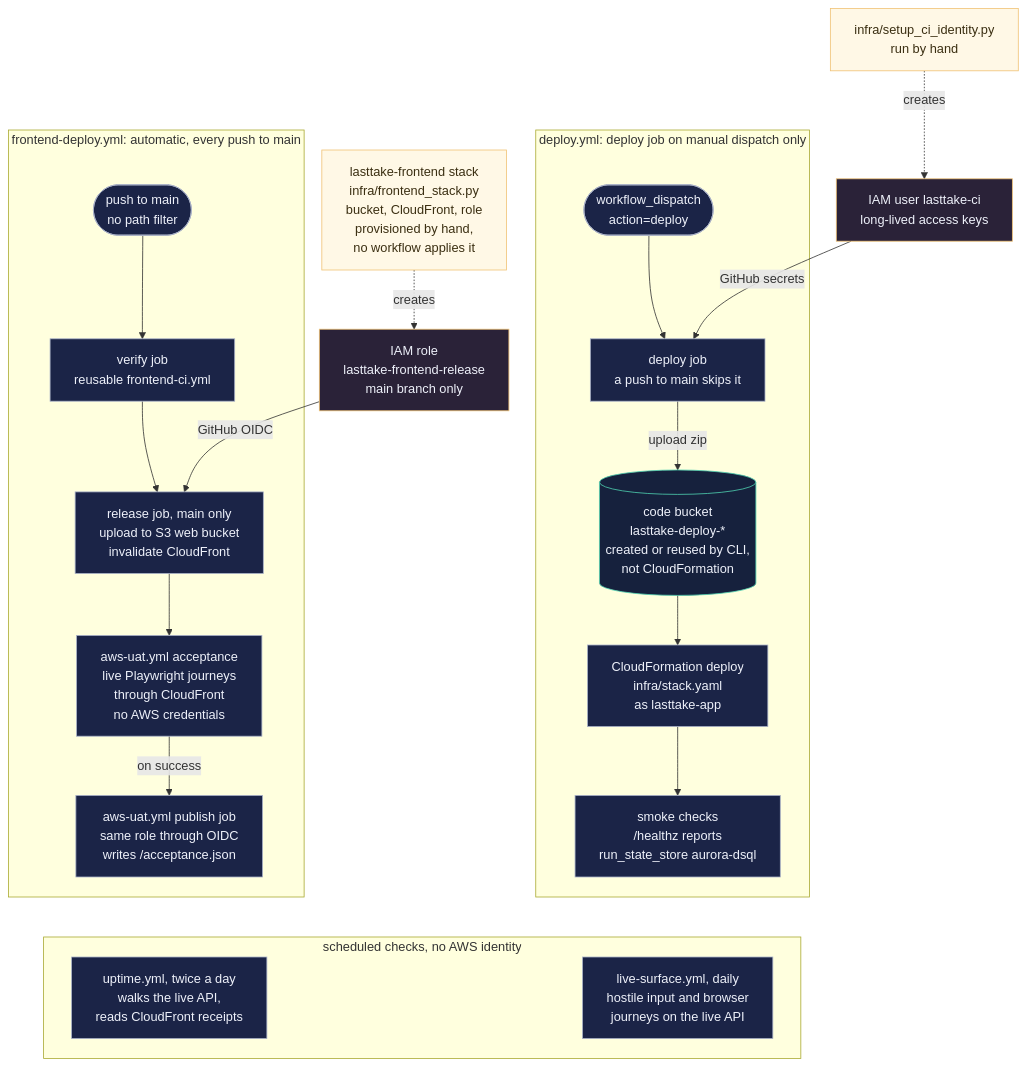
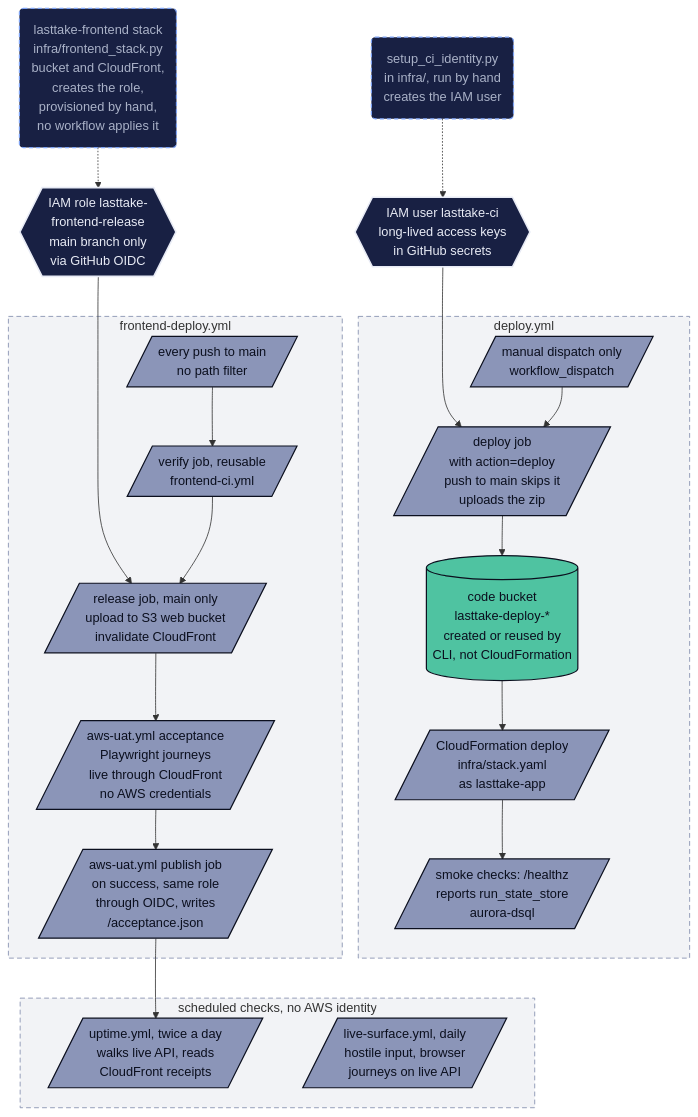
Before and after one commit to upgradedev/lasttake-aws: the second of 2 diagrams in docs/infrastructure.md, drawn with Mermaid. The commit also changed other lines of this file and 6 other files, not shown here.

````diff
--- a/docs/infrastructure.md
+++ b/docs/infrastructure.md
@@ -136,48 +118,50 @@
 ```mermaid
 flowchart TB
-  subgraph AUTO["frontend-deploy.yml: automatic, every push to main"]
-    F0(["push to main<br/>no path filter"])
-    F1["verify job<br/>reusable frontend-ci.yml"]
-    F2["release job, main only<br/>upload to S3 web bucket<br/>invalidate CloudFront"]
-    F3["aws-uat.yml acceptance<br/>live Playwright journeys<br/>through CloudFront<br/>no AWS credentials"]
-    F4["aws-uat.yml publish job<br/>same role through OIDC<br/>writes /acceptance.json"]
-    F0 --> F1 --> F2 --> F3 -->|"on success"| F4
-  end
+    subgraph MAN["deploy.yml"]
+        B0[/"manual dispatch only<br/>workflow_dispatch"/]
+        B1[/"deploy job<br/>with action=deploy<br/>push to main skips it<br/>uploads the zip"/]
+        B2[("code bucket<br/>lasttake-deploy-*<br/>created or reused by<br/>CLI, not CloudFormation")]
+        B3[/"CloudFormation deploy<br/>infra/stack.yaml<br/>as lasttake-app"/]
+        B4[/"smoke checks: /healthz<br/>reports run_state_store<br/>aurora-dsql"/]
+    end
+    subgraph AUTO["frontend-deploy.yml"]
+        F0[/"every push to main<br/>no path filter"/]
+        F1[/"verify job, reusable<br/>frontend-ci.yml"/]
+        F2[/"release job, main only<br/>upload to S3 web bucket<br/>invalidate CloudFront"/]
+        F3[/"aws-uat.yml acceptance<br/>Playwright journeys<br/>live through CloudFront<br/>no AWS credentials"/]
+        F4[/"aws-uat.yml publish job<br/>on success, same role<br/>through OIDC, writes<br/>/acceptance.json"/]
+    end
+    subgraph SCHED["scheduled checks, no AWS identity"]
+        UP[/"uptime.yml, twice a day<br/>walks live API, reads<br/>CloudFront receipts"/]
+        LS[/"live-surface.yml, daily<br/>hostile input, browser<br/>journeys on live API"/]
+    end
+    NF("lasttake-frontend stack<br/>infra/frontend_stack.py<br/>bucket and CloudFront,<br/>creates the role,<br/>provisioned by hand,<br/>no workflow applies it")
+    FR{{"IAM role lasttake-<br/>frontend-release<br/>main branch only<br/>via GitHub OIDC"}}
+    NC("setup_ci_identity.py<br/>in infra/, run by hand<br/>creates the IAM user")
+    CI{{"IAM user lasttake-ci<br/>long-lived access keys<br/>in GitHub secrets"}}
+    NF -.-> FR
+    FR ----> F2
+    NC -.-> CI
+    CI ---> B1
+    F0 --> F1 --> F2 --> F3 --> F4
+    B0 --> B1 --> B2 --> B3 --> B4
+    F4 --> UP
 
-  subgraph MAN["deploy.yml: deploy job on manual dispatch only"]
-    B0(["workflow_dispatch<br/>action=deploy"])
-    B1["deploy job<br/>a push to main skips it"]
-    B2[("code bucket<br/>lasttake-deploy-*<br/>created or reused by CLI,<br/>not CloudFormation")]
-    B3["CloudFormation deploy<br/>infra/stack.yaml<br/>as lasttake-app"]
-    B4["smoke checks<br/>/healthz reports<br/>run_state_store aurora-dsql"]
-    B0 --> B1 -->|"upload zip"| B2 --> B3 --> B4
-  end
-
-  NF["lasttake-frontend stack<br/>infra/frontend_stack.py<br/>bucket, CloudFront, role<br/>provisioned by hand,<br/>no workflow applies it"]
-  FR["IAM role<br/>lasttake-frontend-release<br/>main branch only"]
-  NC["infra/setup_ci_identity.py<br/>run by hand"]
-  CI["IAM user lasttake-ci<br/>long-lived access keys"]
-
-  NF -.->|"creates"| FR
-  FR -->|"GitHub OIDC"| F2
-  NC -.->|"creates"| CI
-  CI -->|"GitHub secrets"| B1
-
-  subgraph SCHED["scheduled checks, no AWS identity"]
-    UP["uptime.yml, twice a day<br/>walks the live API,<br/>reads CloudFront receipts"]
-    LS["live-surface.yml, daily<br/>hostile input and browser<br/>journeys on the live API"]
-  end
-  F4 ~~~ UP
-  B4 ~~~ LS
-
-  class F0,F1,F2,F3,F4,B0,B1,B3,B4,UP,LS ci
-  class B2 storage
-  class FR,CI identity
-  class NF,NC note
-
-%% palette: placeholder
-classDef storage fill:#16213d,stroke:#4fd1b0,color:#eef1fa
-classDef identity fill:#2a2238,stroke:#f0c275,color:#eef1fa
-classDef ci fill:#1b2447,stroke:#aab2c8,color:#eef1fa
-classDef note fill:#fff8e6,stroke:#f0c275,color:#3b2f12
+    %% LastTake palette: role colour fill, navy ink pinned, so node text reads the same in GitHub light and dark
+    classDef surface fill:#8b95b8,stroke:#0b0f1e,stroke-width:1.5px,color:#0b0f1e
+    classDef agent fill:#7ea4f7,stroke:#0b0f1e,stroke-width:1.5px,color:#0b0f1e
+    classDef store fill:#4fc3a1,stroke:#0b0f1e,stroke-width:1.5px,color:#0b0f1e
+    classDef event fill:#a996ea,stroke:#0b0f1e,stroke-width:1.5px,color:#0b0f1e
+    classDef rule fill:#182043,stroke:#e8ebf5,stroke-width:2px,color:#e8ebf5
+    classDef optional fill:#182043,stroke:#7ea4f7,stroke-width:1.5px,stroke-dasharray:5 4,color:#aab2c8
+    %% human is reserved for a human decision node; none appears in this block
+    classDef human fill:#f0c275,stroke:#0b0f1e,stroke-width:2px,color:#0b0f1e
+    classDef laneFront fill:#8b95b81f,stroke:#7d88aa,stroke-width:1px
+    classDef laneBack fill:#7ea4f71f,stroke:#7d88aa,stroke-width:1px
+    classDef laneCi fill:#7d88aa1a,stroke:#7d88aa,stroke-width:1px,stroke-dasharray:6 4
+    class F0,F1,F2,F3,F4,B0,B1,B3,B4,UP,LS surface
+    class B2 store
+    class FR,CI rule
+    class NF,NC optional
+    class AUTO,MAN,SCHED laneCi
 ```
````
